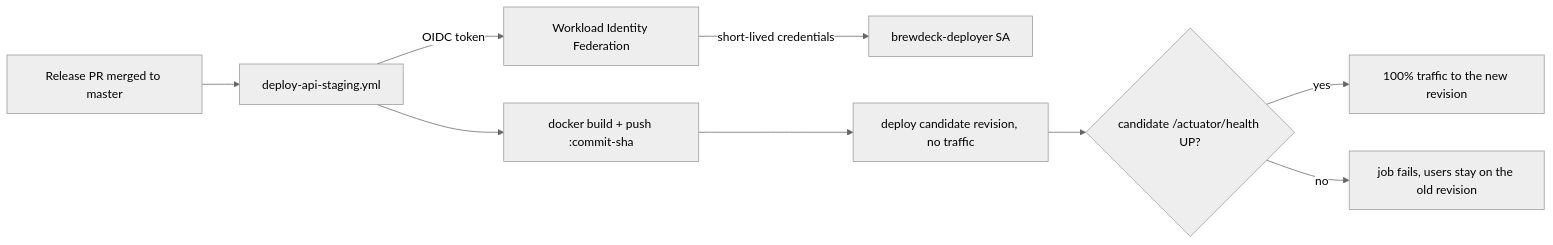
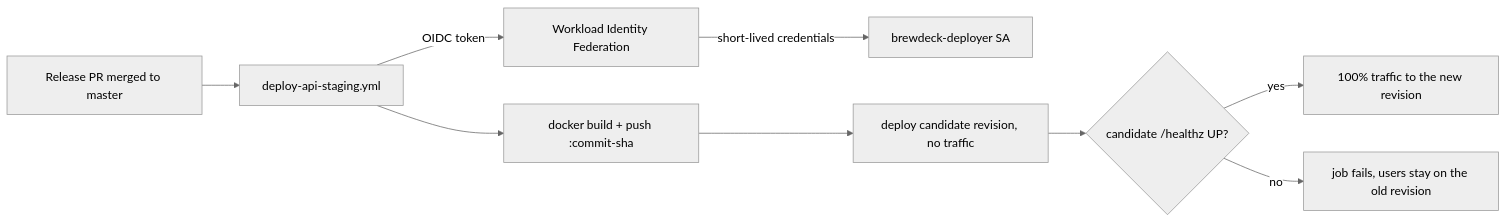
The diagram in docs/development/staging-deployment.md (JuanMelendres/brewdeck), drawn with Mermaid (neutral theme) before and after one commit. The commit also changed other lines of this file and 19 other files, not shown here.

````diff
--- a/docs/development/staging-deployment.md
+++ b/docs/development/staging-deployment.md
@@ -611,11 +611,11 @@
 ```mermaid
 flowchart LR
   M[Release PR merged to master] --> W[deploy-api-staging.yml]
   W -->|OIDC token| WIF[Workload Identity Federation]
   WIF -->|short-lived credentials| SA[brewdeck-deployer SA]
   W --> B[docker build + push :commit-sha]
   B --> C[deploy candidate revision, no traffic]
-  C --> H{candidate /actuator/health UP?}
+  C --> H{candidate /healthz UP?}
   H -->|yes| P[100% traffic to the new revision]
   H -->|no| F[job fails, users stay on the old revision]
 ```
````
